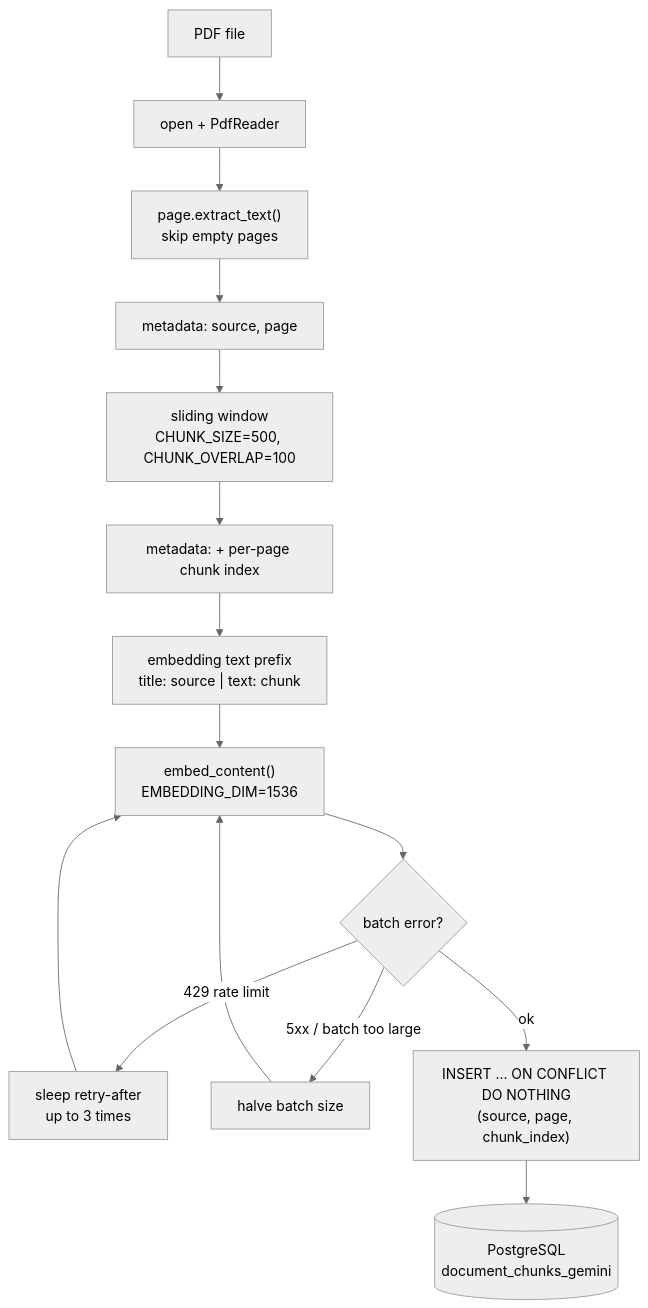
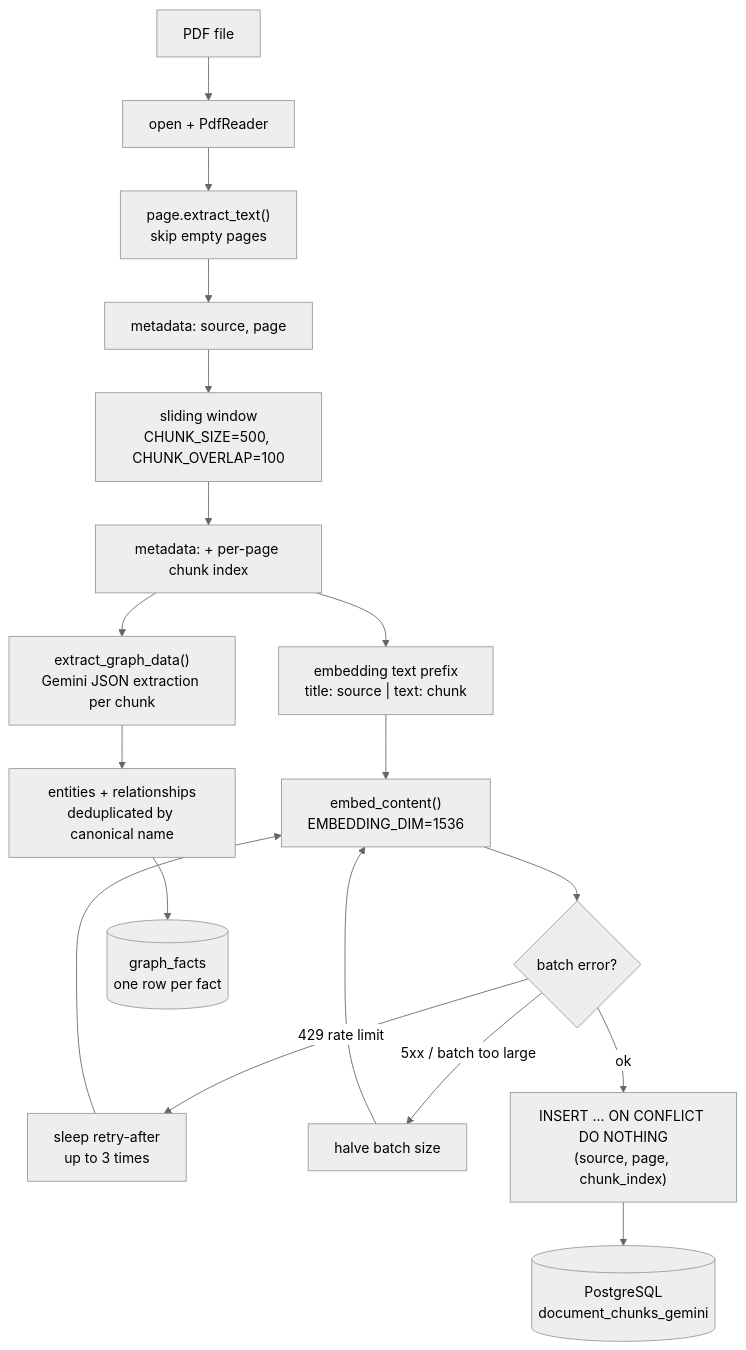
The second of 3 diagrams in README.md (nithish-dev-03/pdf-rag), drawn with Mermaid (neutral theme) before and after one commit. The commit also changed other lines of this file and 5 other files, not shown here.

Commit message:
feat: implement knowledge graph extraction and retrieval strategies (Graph RAG)

````diff
--- a/README.md
+++ b/README.md
@@ -53,17 +75,21 @@
 ```mermaid
 flowchart TD
     A["PDF file"] --> B["open + PdfReader"]
     B --> C["page.extract_text()<br/>skip empty pages"]
     C --> D["metadata: source, page"]
     D --> E["sliding window<br/>CHUNK_SIZE=500, CHUNK_OVERLAP=100"]
     E --> F["metadata: + per-page chunk index"]
     F --> G["embedding text prefix<br/>title: source | text: chunk"]
     G --> H["embed_content()<br/>EMBEDDING_DIM=1536"]
     H --> I{"batch error?"}
     I -- "429 rate limit" --> J["sleep retry-after<br/>up to 3 times"]
     J --> H
     I -- "5xx / batch too large" --> K["halve batch size"]
     K --> H
     I -- "ok" --> L["INSERT ... ON CONFLICT DO NOTHING<br/>(source, page, chunk_index)"]
     L --> M[("PostgreSQL<br/>document_chunks_gemini")]
+
+    F --> N["extract_graph_data()<br/>Gemini JSON extraction per chunk"]
+    N --> O["entities + relationships<br/>deduplicated by canonical name"]
+    O --> P[("graph_facts<br/>one row per fact")]
 ```
````
